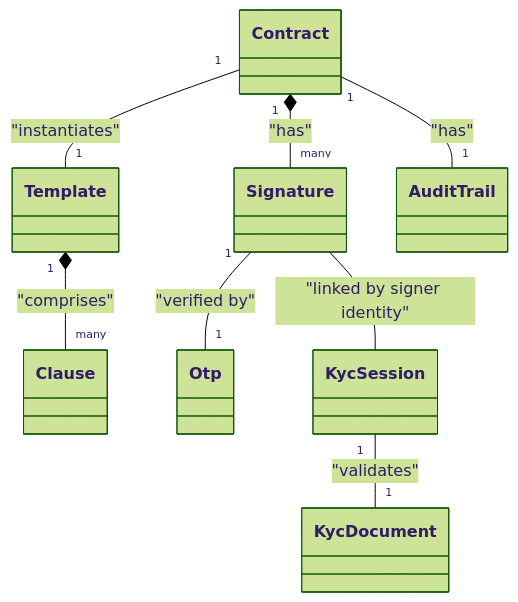
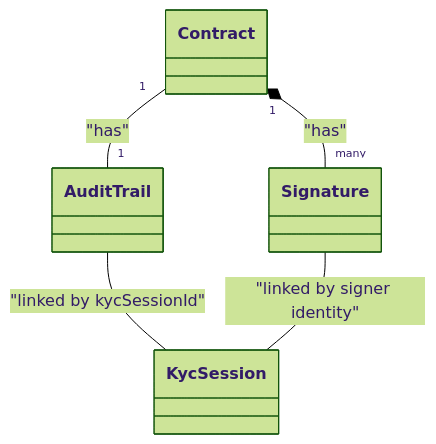
The diagram in context/business_logic.md (Joselu2099/aegis-sign), drawn with Mermaid (forest theme) before and after one commit. The commit also changed other lines of this file and 7 other files, not shown here.

````diff
--- a/context/business_logic.md
+++ b/context/business_logic.md
@@ -25,10 +21,7 @@
 ```mermaid
 classDiagram
-    Template "1" *-- "many" Clause : "comprises"
-    Contract "1" -- "1" Template : "instantiates"
     Contract "1" *-- "many" Signature : "has"
     Contract "1" -- "1" AuditTrail : "has"
-    Signature "1" -- "1" Otp : "verified by"
-    KycSession "1" -- "1" KycDocument : "validates"
+    AuditTrail -- KycSession : "linked by kycSessionId"
     Signature -- KycSession : "linked by signer identity"
 ```
````
